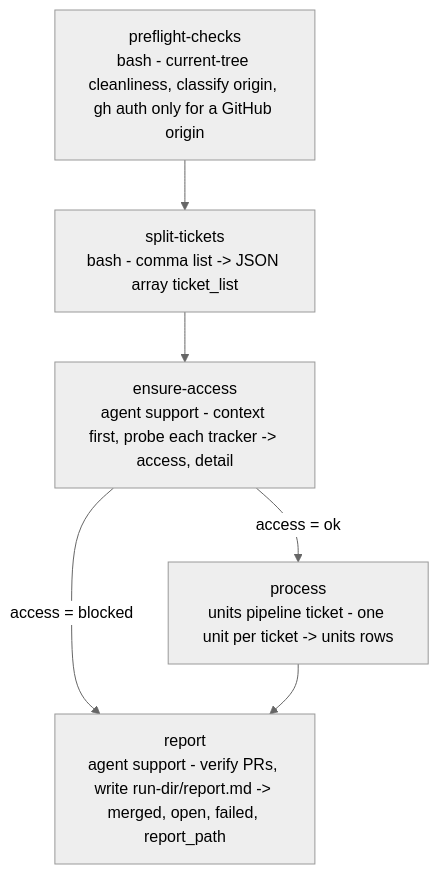
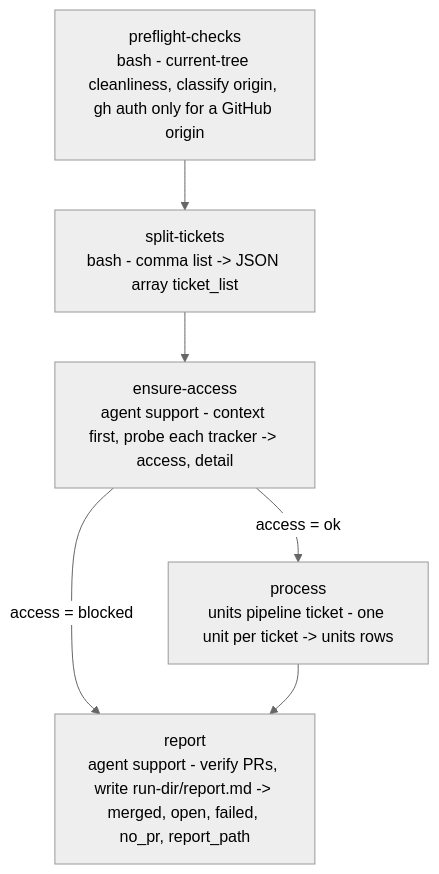
Before and after one commit to e1024kb/wise-claude: the diagram in plugins/wise/workflows/ticket-auto/README.md, drawn with Mermaid (neutral theme). The commit also changed 9 other files, not shown here.

````diff
--- a/plugins/wise/workflows/ticket-auto/README.md
+++ b/plugins/wise/workflows/ticket-auto/README.md
@@ -71,8 +71,8 @@
 ```mermaid
 flowchart TD
     A[preflight-checks<br/>bash - current-tree cleanliness, classify origin, gh auth only for a GitHub origin] --> B[split-tickets<br/>bash - comma list -> JSON array ticket_list]
     B --> C[ensure-access<br/>agent support - context first, probe each tracker -> access, detail]
     C -->|access = ok| D[process<br/>units pipeline ticket - one unit per ticket -> units rows]
     C -->|access = blocked| E
-    D --> E[report<br/>agent support - verify PRs, write run-dir/report.md -> merged, open, failed, report_path]
+    D --> E[report<br/>agent support - verify PRs, write run-dir/report.md -> merged, open, failed, no_pr, report_path]
 ```
````
